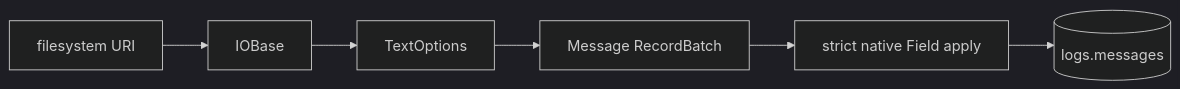
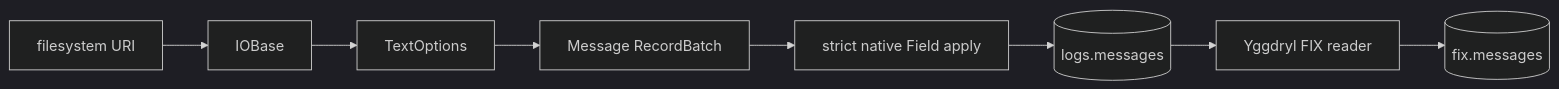
One commit to Platob/yggfin changed the diagram in docs/pipeline/index.md. Above: the diagram before and after it, drawn with Mermaid (dark theme). The commit also changed other lines of this file and 67 other files, not shown here.

````diff
--- a/docs/pipeline/index.md
+++ b/docs/pipeline/index.md
@@ -3,8 +3,10 @@
 ```mermaid
 flowchart LR
     U[filesystem URI] --> I[IOBase]
     I --> T[TextOptions]
     T --> M[Message RecordBatch]
     M --> C[strict native Field apply]
     C --> D[(logs.messages)]
+    D --> F[Yggdryl FIX reader]
+    F --> P[(fix.messages)]
 ```
````
